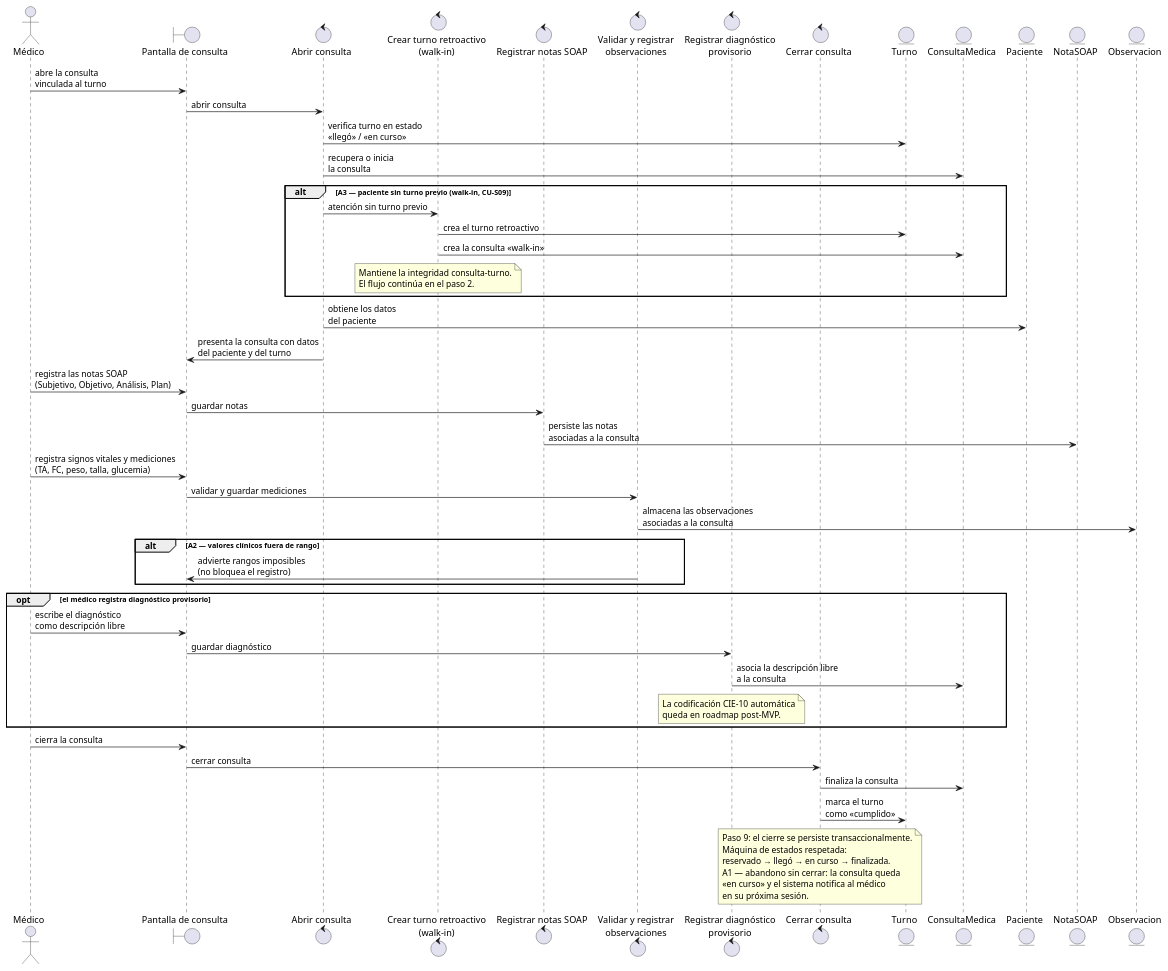
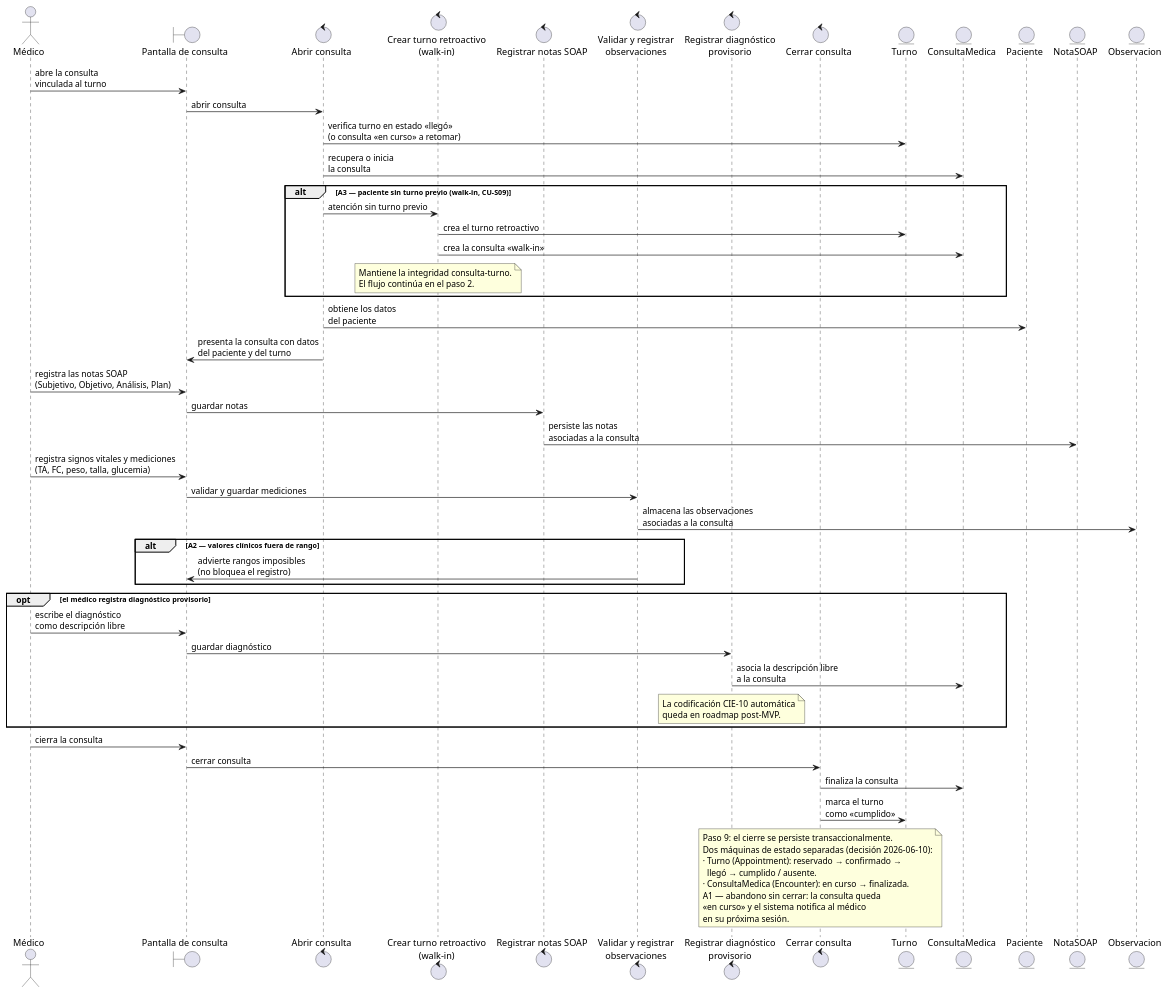
The diagram in seminario/iconix/diagramas/04-robustez-cu02.puml (JulianDeco/sist_clinica), drawn with PlantUML before and after one commit. The commit also changed 9 other files, not shown here.

Commit message:
docs(T-020): decisiones de negocio 2026-06-10 — cobertura sin imputación (advertencia), aviso a staff sin lista de espera, config solo ventanas, máquinas de estado Turno/Consulta separadas

```diff
--- a/seminario/iconix/diagramas/04-robustez-cu02.puml
+++ b/seminario/iconix/diagramas/04-robustez-cu02.puml
@@ -1,101 +1,103 @@
 @startuml robustez_CU02
 ' =====================================================================
 ' Diagrama de robustez ICONIX — CU-02 Gestionar consulta médica (SOAP básico)
 ' Entrega T-020 — deliverable 6 · Seminario de Trabajo Final UAI 2026
 '
 ' Cubre: seminario/iconix/02-especificacion-casos-de-uso.md → sección CU-02
 '   (curso básico pasos 1–9, cursos alternos A1–A3) e incorpora la
 '   extensión CU-S09 (Crear turno retroactivo / walk-in).
 ' Entidades: tomadas 1:1 del modelo de dominio (02-dominio.puml).
 '
 ' Trazabilidad curso básico → flechas:
 '   Paso 1 → Medico -> UI ; UI -> ABR ; ABR -> TUR ; ABR -> CON
 '   Paso 2 → ABR -> PAC ; ABR -> UI «presenta la consulta»
 '   Paso 3 → Medico -> UI «registra las notas SOAP»
 '   Paso 4 → UI -> NOT ; NOT -> NOTA
 '   Paso 5 → Medico -> UI «registra signos vitales y mediciones»
 '   Paso 6 → UI -> VOBS ; VOBS -> OBS
 '   Paso 7 → (opcional) Medico -> UI ; UI -> DIAG ; DIAG -> CON
 '   Paso 8 → Medico -> UI «cierra la consulta»
 '   Paso 9 → UI -> CIE ; CIE -> CON ; CIE -> TUR (transaccional)
 ' Cursos alternos:
 '   A1 → nota sobre CIE (abandono sin cerrar: queda «en curso»)
 '   A2 → rama alt: VOBS -> UI (advierte, no bloquea)
 '   A3 → rama alt: ABR -> WALK ; WALK -> TUR ; WALK -> CON     (CU-S09)
 ' =====================================================================
 
 actor "Médico" as Medico
 boundary "Pantalla de consulta" as UI
 control "Abrir consulta" as ABR
 control "Crear turno retroactivo\n(walk-in)" as WALK
 control "Registrar notas SOAP" as NOT
 control "Validar y registrar\nobservaciones" as VOBS
 control "Registrar diagnóstico\nprovisorio" as DIAG
 control "Cerrar consulta" as CIE
 entity "Turno" as TUR
 entity "ConsultaMedica" as CON
 entity "Paciente" as PAC
 entity "NotaSOAP" as NOTA
 entity "Observacion" as OBS
 
 ' ----- Paso 1 -----
 Medico -> UI : abre la consulta\nvinculada al turno
 UI -> ABR : abrir consulta
-ABR -> TUR : verifica turno en estado\n«llegó» / «en curso»
+ABR -> TUR : verifica turno en estado «llegó»\n(o consulta «en curso» a retomar)
 ABR -> CON : recupera o inicia\nla consulta
 
 alt A3 — paciente sin turno previo (walk-in, CU-S09)
   ABR -> WALK : atención sin turno previo
   WALK -> TUR : crea el turno retroactivo
   WALK -> CON : crea la consulta «walk-in»
   note over WALK
     Mantiene la integridad consulta–turno.
     El flujo continúa en el paso 2.
   end note
 end
 
 ' ----- Paso 2 -----
 ABR -> PAC : obtiene los datos\ndel paciente
 ABR -> UI : presenta la consulta con datos\ndel paciente y del turno
 
 ' ----- Pasos 3–4 -----
 Medico -> UI : registra las notas SOAP\n(Subjetivo, Objetivo, Análisis, Plan)
 UI -> NOT : guardar notas
 NOT -> NOTA : persiste las notas\nasociadas a la consulta
 
 ' ----- Pasos 5–6 -----
 Medico -> UI : registra signos vitales y mediciones\n(TA, FC, peso, talla, glucemia)
 UI -> VOBS : validar y guardar mediciones
 VOBS -> OBS : almacena las observaciones\nasociadas a la consulta
 
 alt A2 — valores clínicos fuera de rango
   VOBS -> UI : advierte rangos imposibles\n(no bloquea el registro)
 end
 
 ' ----- Paso 7 (opcional) -----
 opt el médico registra diagnóstico provisorio
   Medico -> UI : escribe el diagnóstico\ncomo descripción libre
   UI -> DIAG : guardar diagnóstico
   DIAG -> CON : asocia la descripción libre\na la consulta
   note over DIAG
     La codificación CIE-10 automática
     queda en roadmap post-MVP.
   end note
 end
 
 ' ----- Pasos 8–9 -----
 Medico -> UI : cierra la consulta
 UI -> CIE : cerrar consulta
 CIE -> CON : finaliza la consulta
 CIE -> TUR : marca el turno\ncomo «cumplido»
 
 note over CIE
   Paso 9: el cierre se persiste transaccionalmente.
-  Máquina de estados respetada:
-  reservado → llegó → en curso → finalizada.
+  Dos máquinas de estado separadas (decisión 2026-06-10):
+  · Turno (Appointment): reservado → confirmado →
+    llegó → cumplido / ausente.
+  · ConsultaMedica (Encounter): en curso → finalizada.
   A1 — abandono sin cerrar: la consulta queda
   «en curso» y el sistema notifica al médico
   en su próxima sesión.
 end note
 
 @enduml
```
